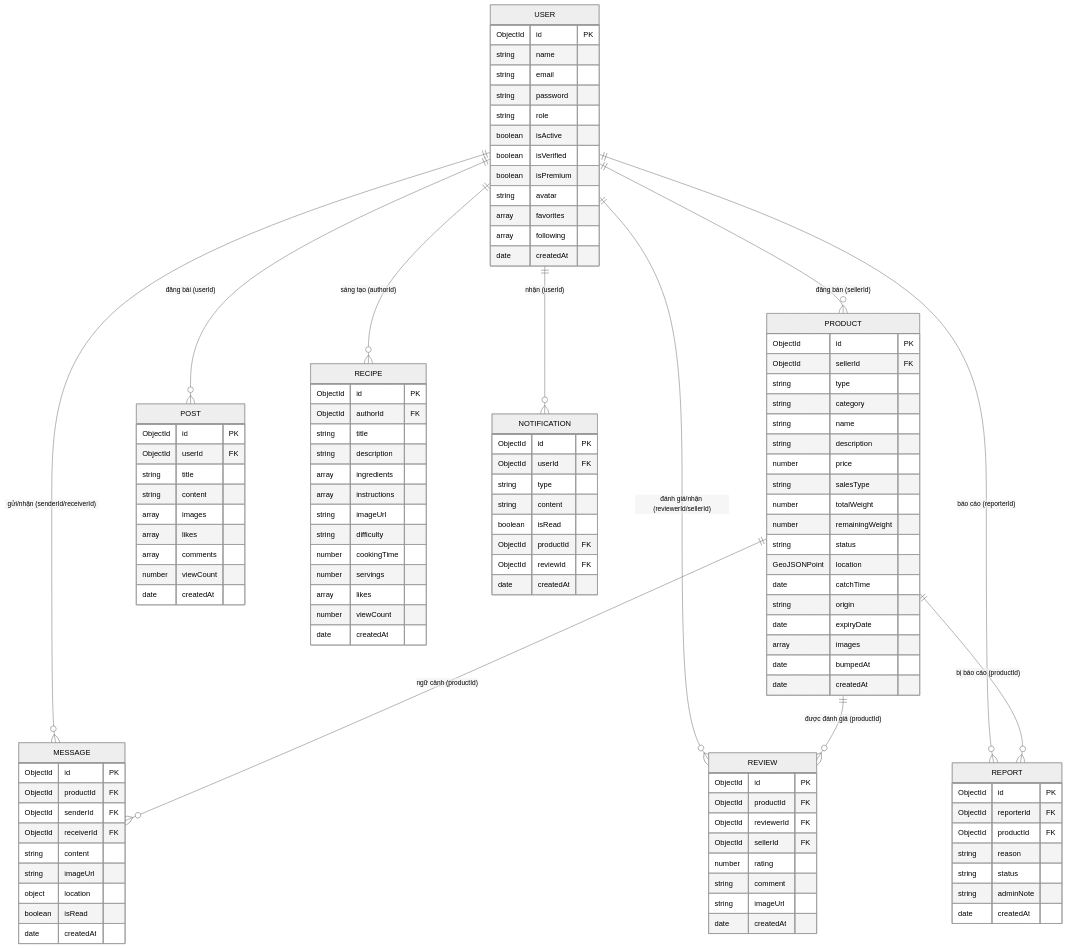
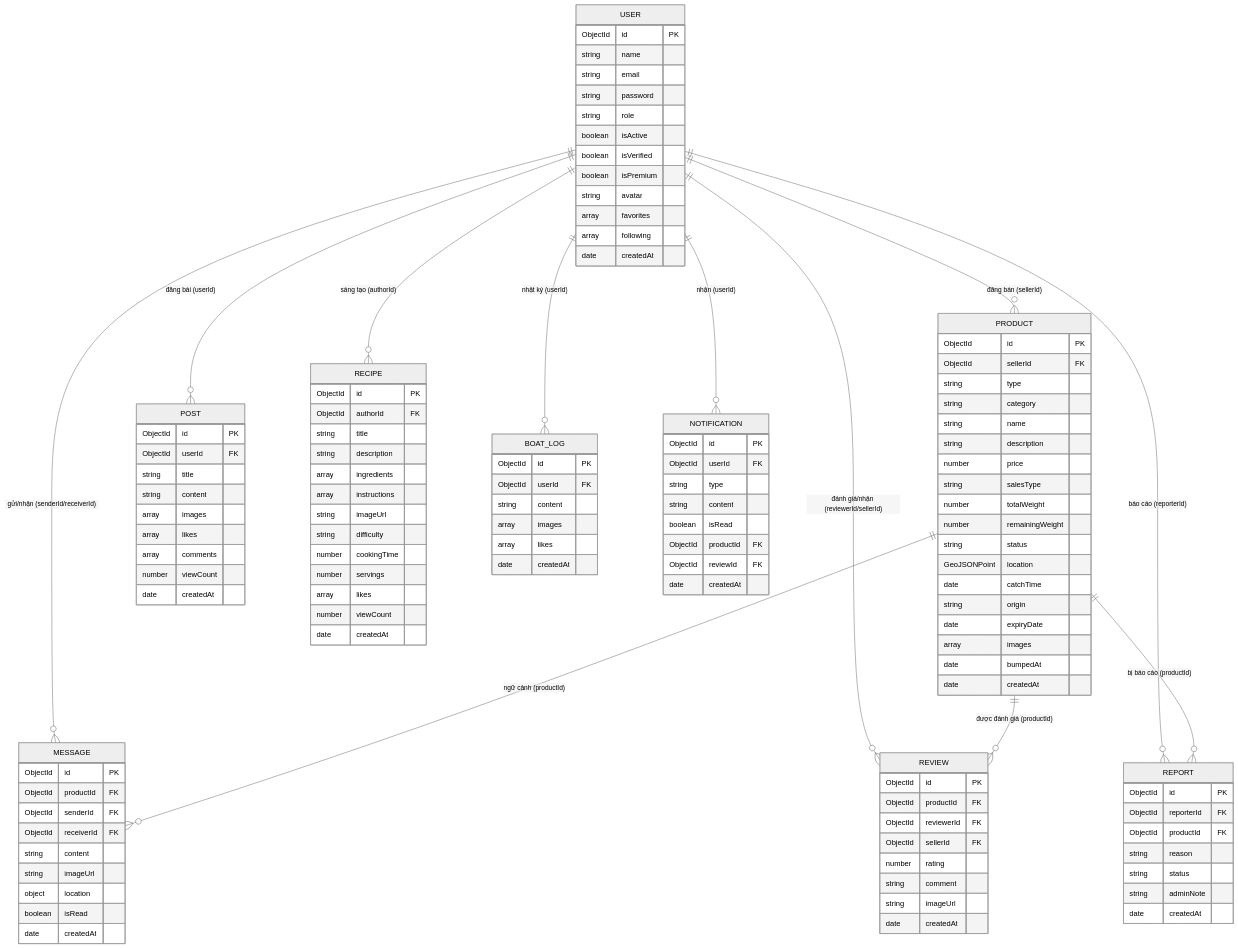
One commit to fptu-se-su26/swp391-su26-ai-audit-project-swp391_se20a04_group-06 changed the second of 2 diagrams in docs/MIDTERM_PROGRESS_REPORT_PLAN.md. Above: the diagram before and after it, drawn with Mermaid (neutral theme). The commit also changed other lines of this file, not shown here.

Commit message:
docs: keep Boat Logs and remove Omakase Subscription, combine with Web UI adjustments

```diff
--- a/docs/MIDTERM_PROGRESS_REPORT_PLAN.md
+++ b/docs/MIDTERM_PROGRESS_REPORT_PLAN.md
@@ -200,6 +200,14 @@
         number viewCount
         date createdAt
     }
+    BOAT_LOG {
+        ObjectId id PK
+        ObjectId userId FK
+        string content
+        array images
+        array likes
+        date createdAt
+    }
     REPORT {
         ObjectId id PK
         ObjectId reporterId FK
@@ -225,6 +233,7 @@
     USER ||--o{ REVIEW : "đánh giá/nhận (reviewerId/sellerId)"
     USER ||--o{ POST : "đăng bài (userId)"
     USER ||--o{ RECIPE : "sáng tạo (authorId)"
+    USER ||--o{ BOAT_LOG : "nhật ký (userId)"
     USER ||--o{ REPORT : "báo cáo (reporterId)"
     USER ||--o{ NOTIFICATION : "nhận (userId)"
     
```
